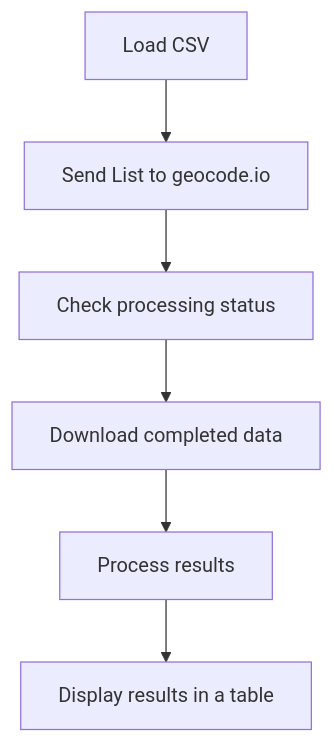
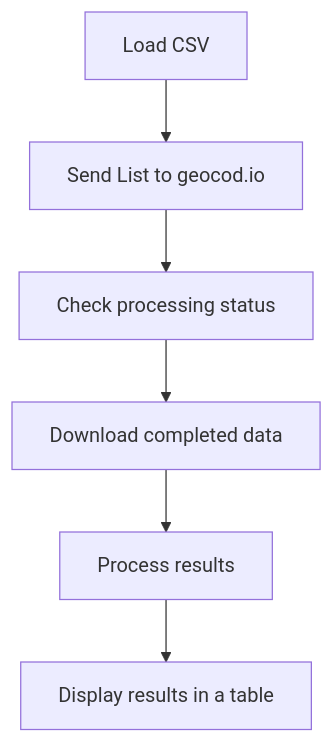
The diagram in README.md (Opalexiss/geocode-test-app), drawn with Mermaid before and after one commit.

Commit message:
Typo correction

````diff
--- a/README.md
+++ b/README.md
@@ -9,8 +9,8 @@
 ```mermaid
 flowchart TD;
 A[Load CSV]-->B[Send List to geocod.io];
-B[Send List to geocode.io]-->C[Check processing status];
+B[Send List to geocod.io]-->C[Check processing status];
 C[Check processing status]-->D[Download completed data];
 D[Download completed data]-->E[Process results];
 E[Process results]-->F[Display results in a table]
 ```
````
